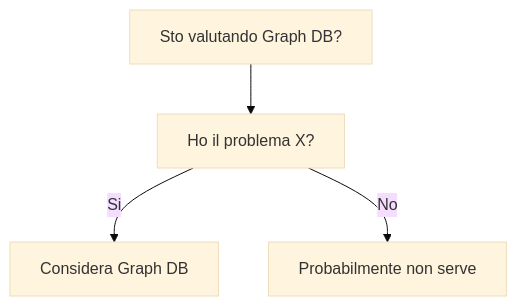
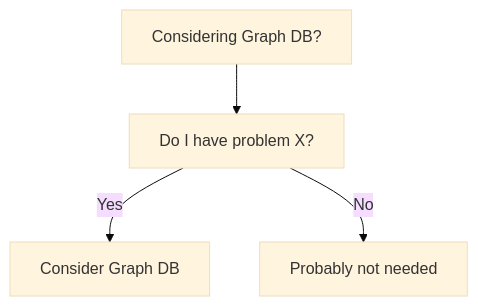
Before and after one commit to HxT9/Software-Dev-Wiki: the diagram in dev-wiki/06_Data_Storage/Graph_DB/When_To_Use.md, drawn with Mermaid (base theme). The commit also changed other lines of this file and 3444 other files, not shown here.

````diff
--- a/dev-wiki/06_Data_Storage/Graph_DB/When_To_Use.md
+++ b/dev-wiki/06_Data_Storage/Graph_DB/When_To_Use.md
@@ -19,6 +19,6 @@
 ```mermaid
 flowchart TD
-  Q[Sto valutando Graph DB?] --> Q1[Ho il problema X?]
-  Q1 -->|Si| OK[Considera Graph DB]
-  Q1 -->|No| NO[Probabilmente non serve]
+  Q[Considering Graph DB?] --> Q1[Do I have problem X?]
+  Q1 -->|Yes| OK[Consider Graph DB]
+  Q1 -->|No| NO[Probably not needed]
 ```
````
